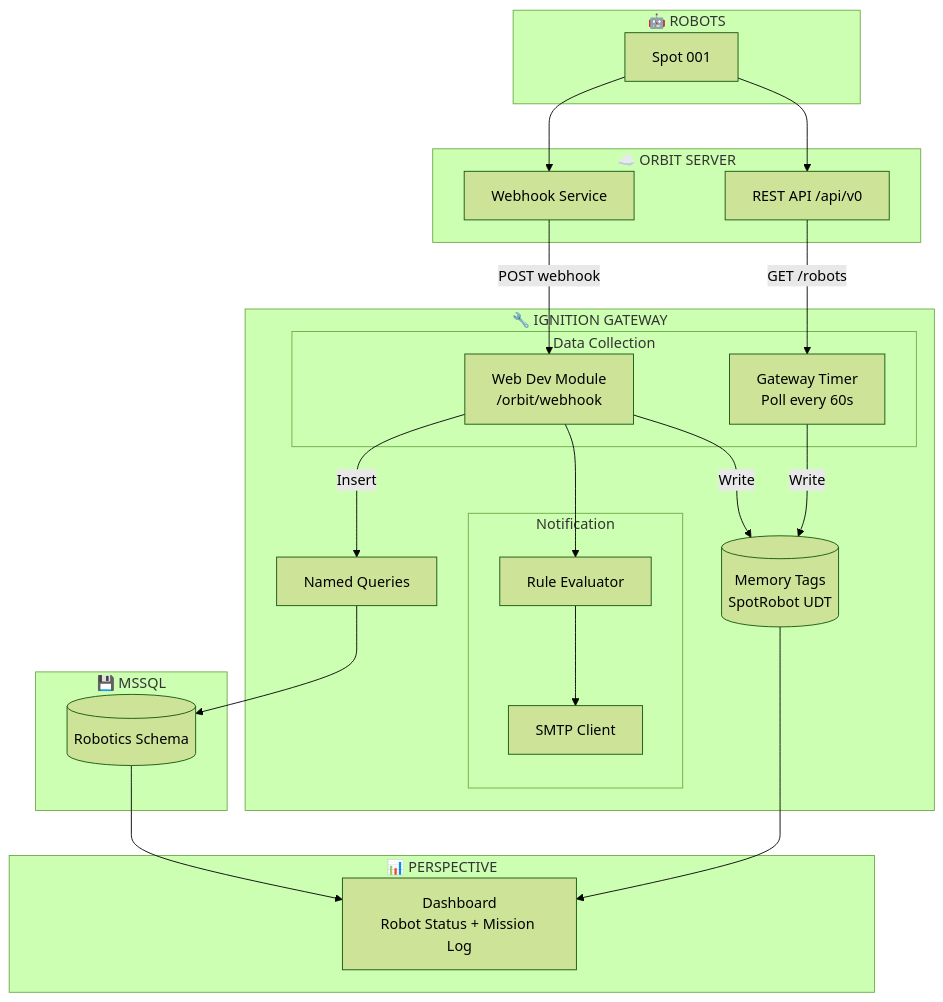
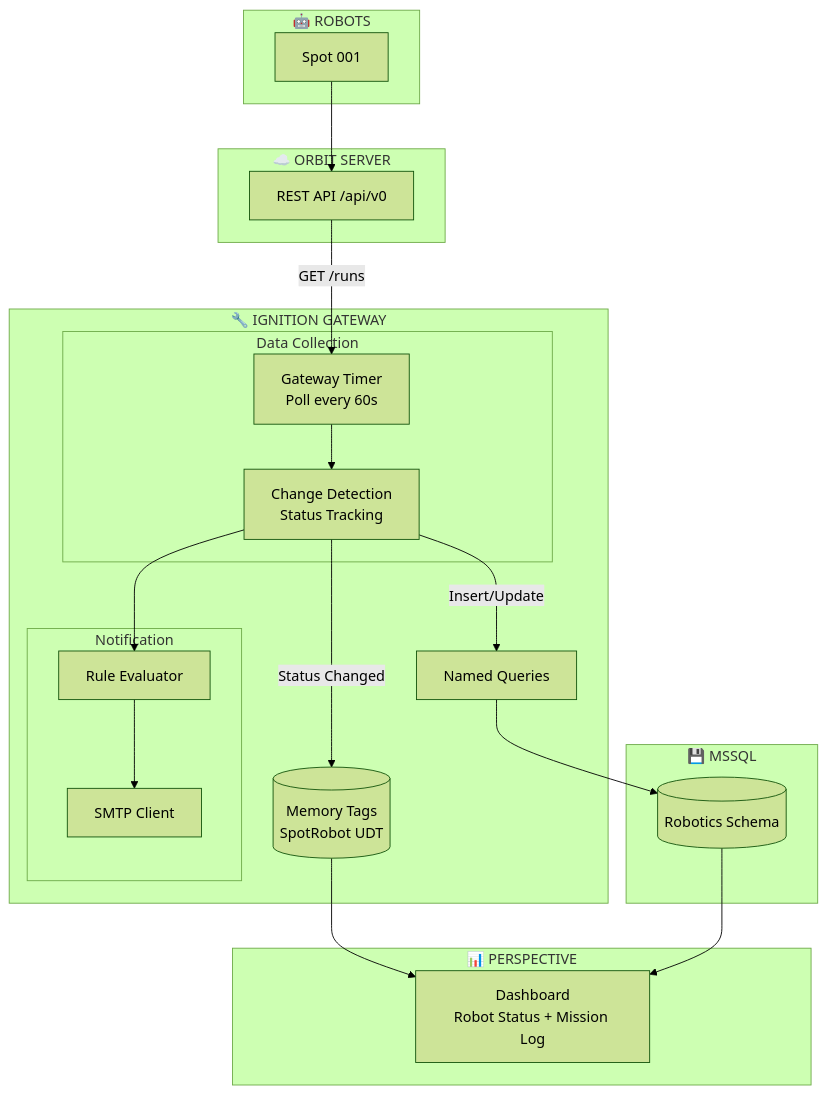
One commit to YieumYoon/file-transfer changed the second of 4 diagrams in ignition-spot-simple-plan.md. Above: the diagram before and after it, drawn with Mermaid (forest theme). The commit also changed other lines of this file, not shown here.

````diff
--- a/ignition-spot-simple-plan.md
+++ b/ignition-spot-simple-plan.md
@@ -117,46 +119,44 @@
 ```mermaid
 flowchart TB
     subgraph ROBOTS["🤖 ROBOTS"]
         SPOT1[Spot 001]
     end
 
     subgraph ORBIT["☁️ ORBIT SERVER"]
         ORBIT_API[REST API /api/v0]
-        ORBIT_WH[Webhook Service]
     end
 
     subgraph IGNITION["🔧 IGNITION GATEWAY"]
         subgraph DATA_FLOW["Data Collection"]
             POLL[Gateway Timer<br/>Poll every 60s]
-            WEBDEV[Web Dev Module<br/>/orbit/webhook]
+            CHANGE[Change Detection<br/>Status Tracking]
         end
         
         TAGS[(Memory Tags<br/>SpotRobot UDT)]
         NQ[Named Queries]
         
         subgraph NOTIFY["Notification"]
             RULES[Rule Evaluator]
             SMTP[SMTP Client]
         end
     end
 
     subgraph DATABASE["💾 MSSQL"]
         MSSQL[(Robotics Schema)]
     end
 
     subgraph UI["📊 PERSPECTIVE"]
         DASH[Dashboard<br/>Robot Status + Mission Log]
     end
 
-    SPOT1 --> ORBIT_API & ORBIT_WH
-    ORBIT_API -->|GET /robots| POLL
-    ORBIT_WH -->|POST webhook| WEBDEV
+    SPOT1 --> ORBIT_API
+    ORBIT_API -->|GET /runs| POLL
     
-    POLL -->|Write| TAGS
-    WEBDEV -->|Write| TAGS
-    WEBDEV -->|Insert| NQ --> MSSQL
-    WEBDEV --> RULES --> SMTP
+    POLL --> CHANGE
+    CHANGE -->|Status Changed| TAGS
+    CHANGE -->|Insert/Update| NQ --> MSSQL
+    CHANGE --> RULES --> SMTP
     
     TAGS --> DASH
     MSSQL --> DASH
 ```
````
